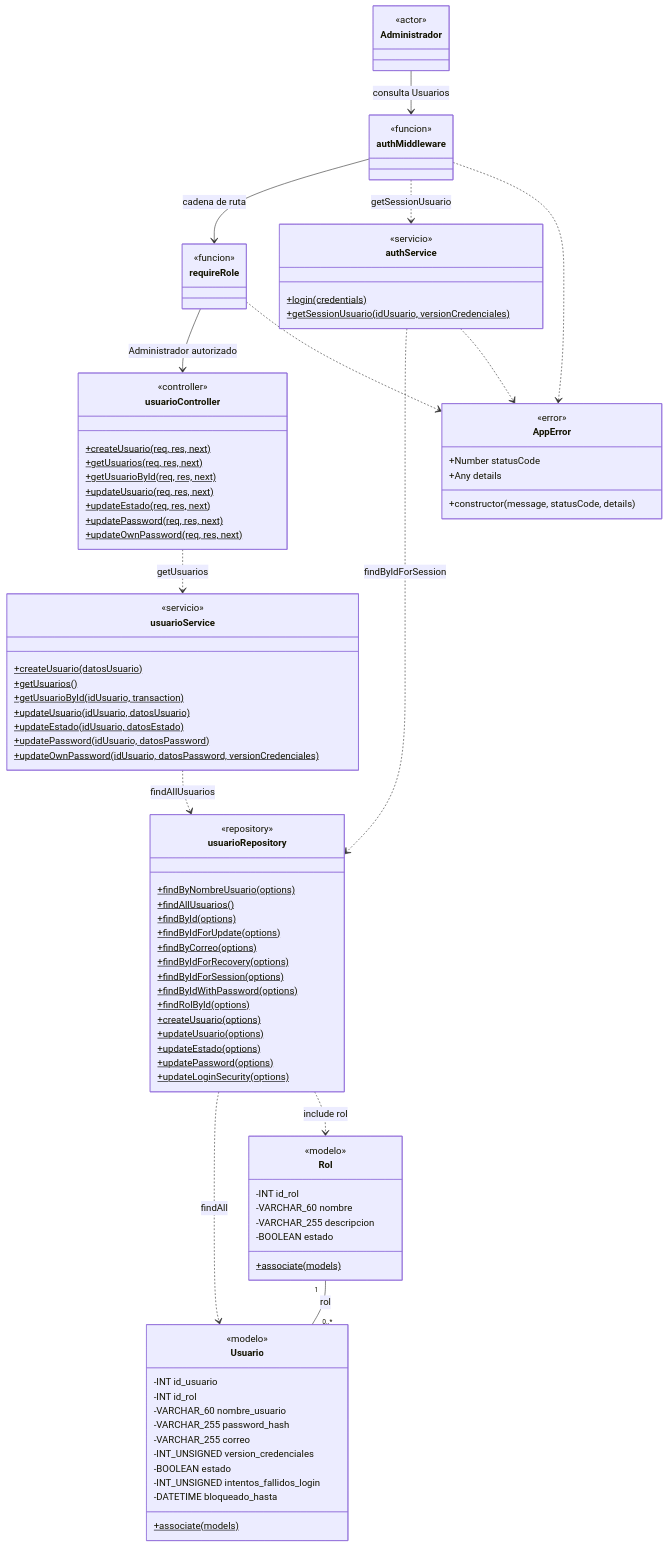
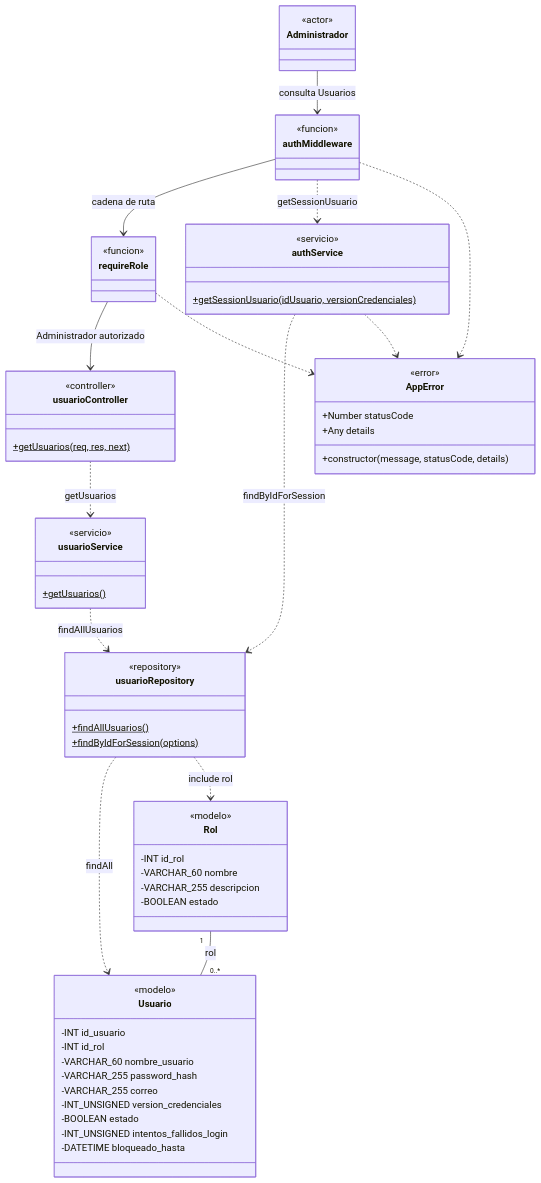
Before and after one commit to CreepyBowDev/cadefar-inventory-system: the fourth of 34 diagrams in docs/ai/analisis-clase.md, drawn with Mermaid. The commit also changed other lines of this file, not shown here.

```diff
--- a/docs/ai/analisis-clase.md
+++ b/docs/ai/analisis-clase.md
@@ -445,45 +479,20 @@
     class requireRole { <<funcion>> }
     class usuarioController {
         <<controller>>
-        +createUsuario(req, res, next)$
         +getUsuarios(req, res, next)$
-        +getUsuarioById(req, res, next)$
-        +updateUsuario(req, res, next)$
-        +updateEstado(req, res, next)$
-        +updatePassword(req, res, next)$
-        +updateOwnPassword(req, res, next)$
     }
     class usuarioService {
         <<servicio>>
-        +createUsuario(datosUsuario)$
         +getUsuarios()$
-        +getUsuarioById(idUsuario, transaction)$
-        +updateUsuario(idUsuario, datosUsuario)$
-        +updateEstado(idUsuario, datosEstado)$
-        +updatePassword(idUsuario, datosPassword)$
-        +updateOwnPassword(idUsuario, datosPassword, versionCredenciales)$
     }
     class authService {
         <<servicio>>
-        +login(credentials)$
         +getSessionUsuario(idUsuario, versionCredenciales)$
     }
     class usuarioRepository {
         <<repository>>
-        +findByNombreUsuario(options)$
         +findAllUsuarios()$
-        +findById(options)$
-        +findByIdForUpdate(options)$
-        +findByCorreo(options)$
-        +findByIdForRecovery(options)$
         +findByIdForSession(options)$
-        +findByIdWithPassword(options)$
-        +findRolById(options)$
-        +createUsuario(options)$
-        +updateUsuario(options)$
-        +updateEstado(options)$
-        +updatePassword(options)$
-        +updateLoginSecurity(options)$
     }
     class Usuario {
         <<modelo>>
@@ -496,7 +505,6 @@
         -BOOLEAN estado
         -INT_UNSIGNED intentos_fallidos_login
         -DATETIME bloqueado_hasta
-        +associate(models)$
     }
     class Rol {
         <<modelo>>
@@ -504,7 +512,6 @@
         -VARCHAR_60 nombre
         -VARCHAR_255 descripcion
         -BOOLEAN estado
-        +associate(models)$
     }
     class AppError {
         <<error>>
```
